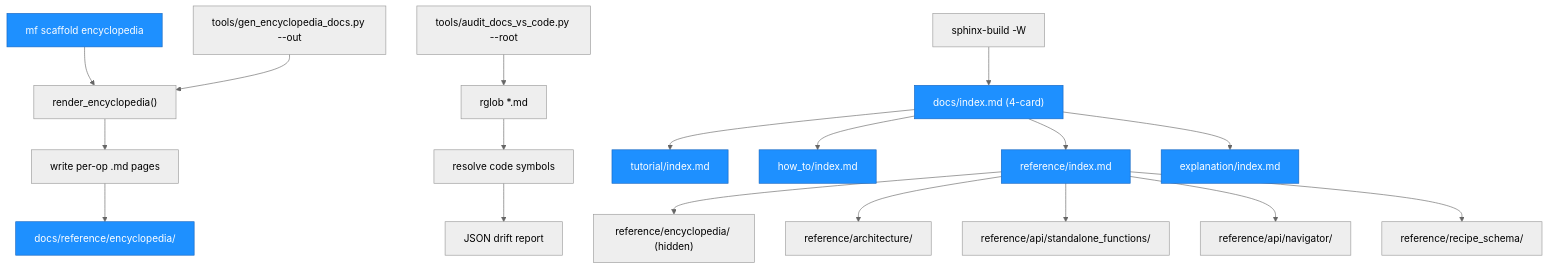
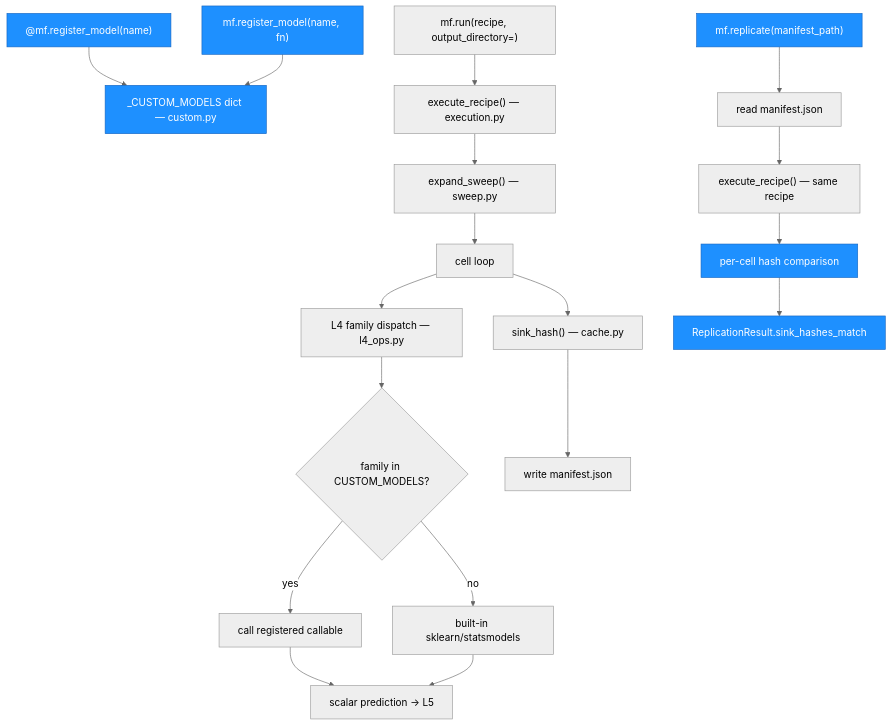
One commit to NanyeonK/macroforecast changed the fourth of 4 diagrams in ARCHITECTURE.md. Above: the diagram before and after it, drawn with Mermaid. The commit also changed other lines of this file, not shown here.

Commit message:
docs(c53): ARCHITECTURE.md C53 run header + content paragraph

````diff
--- a/ARCHITECTURE.md
+++ b/ARCHITECTURE.md
@@ -225,36 +244,34 @@
 ```mermaid
 %%{init: {'theme': 'neutral'}}%%
 graph TD
-    CLI_MAIN["mf scaffold encyclopedia <out>"]
-    CLI_MAIN --> REND["render_encyclopedia()"]
-    REND --> WRITE["write per-op .md pages"]
-    WRITE --> NEWPATH["docs/reference/encyclopedia/"]
+    REG_DEC["@mf.register_model(name)"]
+    REG_DIRECT["mf.register_model(name, fn)"]
+    REG_DEC --> CUSTOM_DICT["_CUSTOM_MODELS dict — custom.py"]
+    REG_DIRECT --> CUSTOM_DICT
 
-    GEN["tools/gen_encyclopedia_docs.py --out"]
-    GEN --> REND
+    RUN["mf.run(recipe, output_directory=)"]
+    RUN --> EXEC["execute_recipe() — execution.py"]
+    EXEC --> SWEEP2["expand_sweep() — sweep.py"]
+    SWEEP2 --> CELL_LOOP["cell loop"]
+    CELL_LOOP --> L4_DISPATCH["L4 family dispatch — l4_ops.py"]
+    L4_DISPATCH --> LOOKUP{"family in CUSTOM_MODELS?"}
+    LOOKUP -->|yes| CALL_CUSTOM["call registered callable"]
+    LOOKUP -->|no| BUILTIN_FAMILY["built-in sklearn/statsmodels"]
+    CALL_CUSTOM --> PRED["scalar prediction → L5"]
+    BUILTIN_FAMILY --> PRED
+    CELL_LOOP --> SINK_HASH["sink_hash() — cache.py"]
+    SINK_HASH --> WRITE_MAN["write manifest.json"]
 
-    AUDIT["tools/audit_docs_vs_code.py --root"]
-    AUDIT --> SCAN["rglob *.md"]
-    SCAN --> RESOLVE["resolve code symbols"]
-    RESOLVE --> REPORT["JSON drift report"]
+    REPLICATE["mf.replicate(manifest_path)"]
+    REPLICATE --> READ_MAN["read manifest.json"]
+    READ_MAN --> RE_EXEC["execute_recipe() — same recipe"]
+    RE_EXEC --> CMP["per-cell hash comparison"]
+    CMP --> RESULT["ReplicationResult.sink_hashes_match"]
 
-    SPHINX["sphinx-build -W"]
-    SPHINX --> IDX2["docs/index.md (4-card)"]
-    IDX2 --> TTOC["tutorial/index.md"]
-    IDX2 --> HTOC["how_to/index.md"]
-    IDX2 --> RTOC["reference/index.md"]
-    IDX2 --> ETOC["explanation/index.md"]
-    RTOC --> RENC["reference/encyclopedia/ (hidden)"]
-    RTOC --> RARCH["reference/architecture/"]
-    RTOC --> RSFN["reference/api/standalone_functions/"]
-    RTOC --> RNAV["reference/api/navigator/"]
-    RTOC --> RSCHEMA["reference/recipe_schema/"]
-
-    style NEWPATH fill:#1e90ff,stroke:#1565c0,color:#fff
-    style IDX2 fill:#1e90ff,stroke:#1565c0,color:#fff
-    style TTOC fill:#1e90ff,stroke:#1565c0,color:#fff
-    style HTOC fill:#1e90ff,stroke:#1565c0,color:#fff
-    style RTOC fill:#1e90ff,stroke:#1565c0,color:#fff
-    style ETOC fill:#1e90ff,stroke:#1565c0,color:#fff
-    style CLI_MAIN fill:#1e90ff,stroke:#1565c0,color:#fff
+    style REG_DEC fill:#1e90ff,stroke:#1565c0,color:#fff
+    style REG_DIRECT fill:#1e90ff,stroke:#1565c0,color:#fff
+    style CUSTOM_DICT fill:#1e90ff,stroke:#1565c0,color:#fff
+    style REPLICATE fill:#1e90ff,stroke:#1565c0,color:#fff
+    style CMP fill:#1e90ff,stroke:#1565c0,color:#fff
+    style RESULT fill:#1e90ff,stroke:#1565c0,color:#fff
 ```
````
